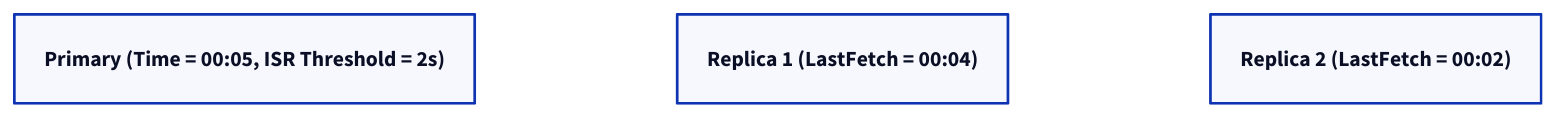
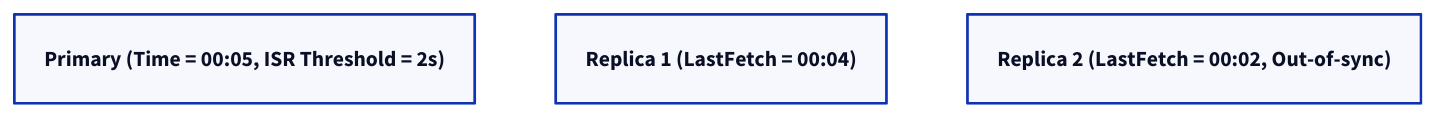
Before and after one commit to link1905/system-design-101: diagram 13 of 20 in content/data-persistence/event-streaming-platform/_index.md, drawn with D2. The commit also changed other lines of this file and 42 other files, not shown here.

````diff
--- a/content/data-persistence/event-streaming-platform/_index.md
+++ b/content/data-persistence/event-streaming-platform/_index.md
@@ -528,13 +523,11 @@
 ```d2
-grid-rows: 1
-horizontal-gap: 150
 l: "Primary (Time = 00:05, ISR Threshold = 2s)" {
   class: server
 }
 b: "Replica 1 (LastFetch = 00:04)" {
   class: server
 }
-c: "Replica 2 (LastFetch = 00:02)" {
+c: "Replica 2 (LastFetch = 00:02, Out-of-sync)" {
   class: generic-error
 }
 ```
````
